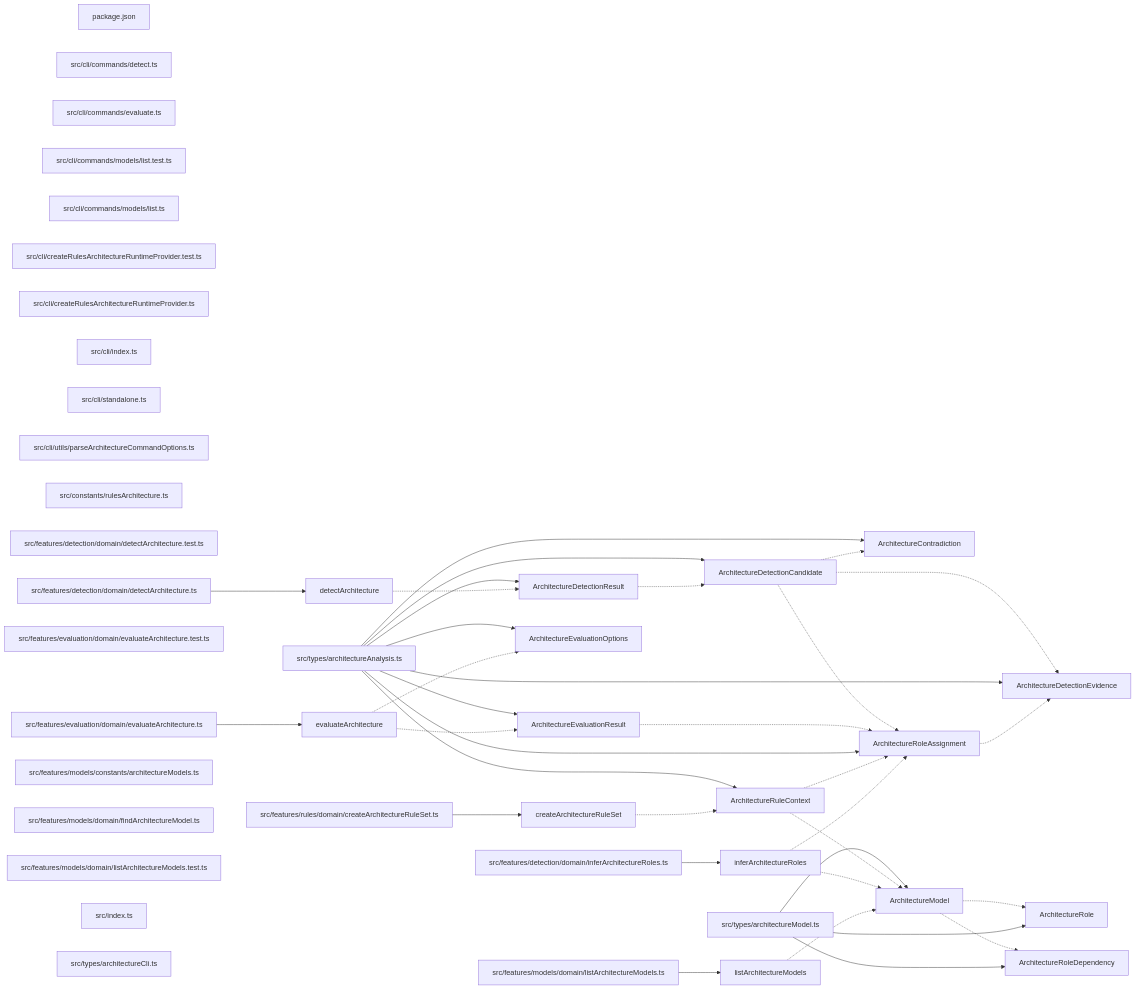
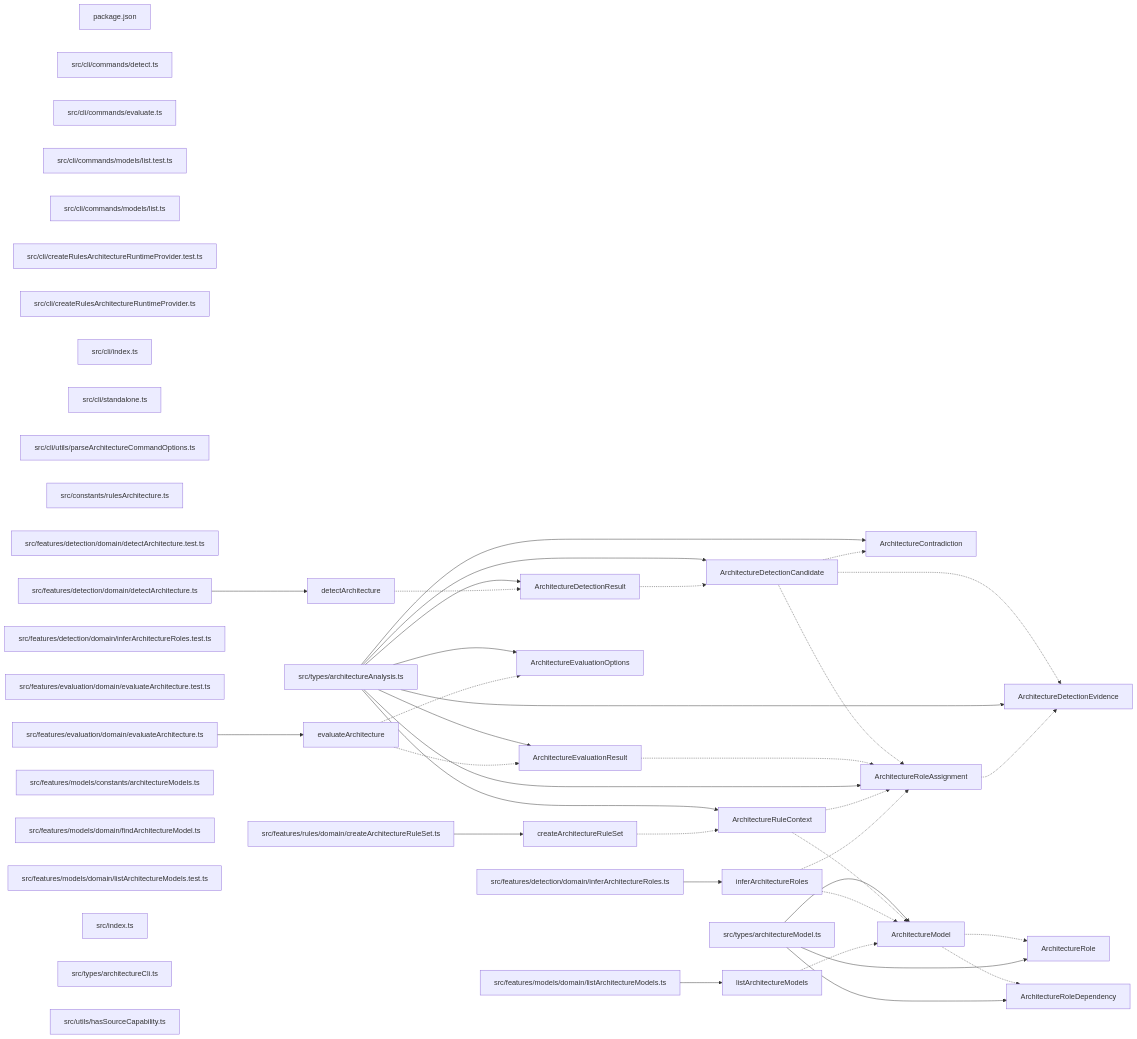
Before and after one commit to ankhorage/rules-architecture: the diagram in paradox/diagrams/export-graph.mmd, drawn with Mermaid. The commit also changed 11 other files, not shown here.

```diff
--- a/paradox/diagrams/export-graph.mmd
+++ b/paradox/diagrams/export-graph.mmd
@@ -1,75 +1,77 @@
 graph LR
   module_package_json["package.json"]
   module_src_cli_commands_detect_ts["src/cli/commands/detect.ts"]
   module_src_cli_commands_evaluate_ts["src/cli/commands/evaluate.ts"]
   module_src_cli_commands_models_list_test_ts["src/cli/commands/models/list.test.ts"]
   module_src_cli_commands_models_list_ts["src/cli/commands/models/list.ts"]
   module_src_cli_createRulesArchitectureRuntimeProvider_test_ts["src/cli/createRulesArchitectureRuntimeProvider.test.ts"]
   module_src_cli_createRulesArchitectureRuntimeProvider_ts["src/cli/createRulesArchitectureRuntimeProvider.ts"]
   module_src_cli_index_ts["src/cli/index.ts"]
   module_src_cli_standalone_ts["src/cli/standalone.ts"]
   module_src_cli_utils_parseArchitectureCommandOptions_ts["src/cli/utils/parseArchitectureCommandOptions.ts"]
   module_src_constants_rulesArchitecture_ts["src/constants/rulesArchitecture.ts"]
   module_src_features_detection_domain_detectArchitecture_test_ts["src/features/detection/domain/detectArchitecture.test.ts"]
   module_src_features_detection_domain_detectArchitecture_ts["src/features/detection/domain/detectArchitecture.ts"]
+  module_src_features_detection_domain_inferArchitectureRoles_test_ts["src/features/detection/domain/inferArchitectureRoles.test.ts"]
   module_src_features_detection_domain_inferArchitectureRoles_ts["src/features/detection/domain/inferArchitectureRoles.ts"]
   module_src_features_evaluation_domain_evaluateArchitecture_test_ts["src/features/evaluation/domain/evaluateArchitecture.test.ts"]
   module_src_features_evaluation_domain_evaluateArchitecture_ts["src/features/evaluation/domain/evaluateArchitecture.ts"]
   module_src_features_models_constants_architectureModels_ts["src/features/models/constants/architectureModels.ts"]
   module_src_features_models_domain_findArchitectureModel_ts["src/features/models/domain/findArchitectureModel.ts"]
   module_src_features_models_domain_listArchitectureModels_test_ts["src/features/models/domain/listArchitectureModels.test.ts"]
   module_src_features_models_domain_listArchitectureModels_ts["src/features/models/domain/listArchitectureModels.ts"]
   module_src_features_rules_domain_createArchitectureRuleSet_ts["src/features/rules/domain/createArchitectureRuleSet.ts"]
   module_src_index_ts["src/index.ts"]
   module_src_types_architectureAnalysis_ts["src/types/architectureAnalysis.ts"]
   module_src_types_architectureCli_ts["src/types/architectureCli.ts"]
   module_src_types_architectureModel_ts["src/types/architectureModel.ts"]
+  module_src_utils_hasSourceCapability_ts["src/utils/hasSourceCapability.ts"]
   export_ArchitectureContradiction["ArchitectureContradiction"]
   module_src_types_architectureAnalysis_ts --> export_ArchitectureContradiction
   export_ArchitectureDetectionCandidate["ArchitectureDetectionCandidate"]
   module_src_types_architectureAnalysis_ts --> export_ArchitectureDetectionCandidate
   export_ArchitectureDetectionCandidate -.-> export_ArchitectureContradiction
   export_ArchitectureDetectionCandidate -.-> export_ArchitectureDetectionEvidence
   export_ArchitectureDetectionCandidate -.-> export_ArchitectureRoleAssignment
   export_ArchitectureDetectionEvidence["ArchitectureDetectionEvidence"]
   module_src_types_architectureAnalysis_ts --> export_ArchitectureDetectionEvidence
   export_ArchitectureDetectionResult["ArchitectureDetectionResult"]
   module_src_types_architectureAnalysis_ts --> export_ArchitectureDetectionResult
   export_ArchitectureDetectionResult -.-> export_ArchitectureDetectionCandidate
   export_ArchitectureEvaluationOptions["ArchitectureEvaluationOptions"]
   module_src_types_architectureAnalysis_ts --> export_ArchitectureEvaluationOptions
   export_ArchitectureEvaluationResult["ArchitectureEvaluationResult"]
   module_src_types_architectureAnalysis_ts --> export_ArchitectureEvaluationResult
   export_ArchitectureEvaluationResult -.-> export_ArchitectureRoleAssignment
   export_ArchitectureModel["ArchitectureModel"]
   module_src_types_architectureModel_ts --> export_ArchitectureModel
   export_ArchitectureModel -.-> export_ArchitectureRole
   export_ArchitectureModel -.-> export_ArchitectureRoleDependency
   export_ArchitectureRole["ArchitectureRole"]
   module_src_types_architectureModel_ts --> export_ArchitectureRole
   export_ArchitectureRoleAssignment["ArchitectureRoleAssignment"]
   module_src_types_architectureAnalysis_ts --> export_ArchitectureRoleAssignment
   export_ArchitectureRoleAssignment -.-> export_ArchitectureDetectionEvidence
   export_ArchitectureRoleDependency["ArchitectureRoleDependency"]
   module_src_types_architectureModel_ts --> export_ArchitectureRoleDependency
   export_ArchitectureRuleContext["ArchitectureRuleContext"]
   module_src_types_architectureAnalysis_ts --> export_ArchitectureRuleContext
   export_ArchitectureRuleContext -.-> export_ArchitectureModel
   export_ArchitectureRuleContext -.-> export_ArchitectureRoleAssignment
   export_createArchitectureRuleSet["createArchitectureRuleSet"]
   module_src_features_rules_domain_createArchitectureRuleSet_ts --> export_createArchitectureRuleSet
   export_createArchitectureRuleSet -.-> export_ArchitectureRuleContext
   export_detectArchitecture["detectArchitecture"]
   module_src_features_detection_domain_detectArchitecture_ts --> export_detectArchitecture
   export_detectArchitecture -.-> export_ArchitectureDetectionResult
   export_evaluateArchitecture["evaluateArchitecture"]
   module_src_features_evaluation_domain_evaluateArchitecture_ts --> export_evaluateArchitecture
   export_evaluateArchitecture -.-> export_ArchitectureEvaluationOptions
   export_evaluateArchitecture -.-> export_ArchitectureEvaluationResult
   export_inferArchitectureRoles["inferArchitectureRoles"]
   module_src_features_detection_domain_inferArchitectureRoles_ts --> export_inferArchitectureRoles
   export_inferArchitectureRoles -.-> export_ArchitectureModel
   export_inferArchitectureRoles -.-> export_ArchitectureRoleAssignment
   export_listArchitectureModels["listArchitectureModels"]
   module_src_features_models_domain_listArchitectureModels_ts --> export_listArchitectureModels
   export_listArchitectureModels -.-> export_ArchitectureModel
```
